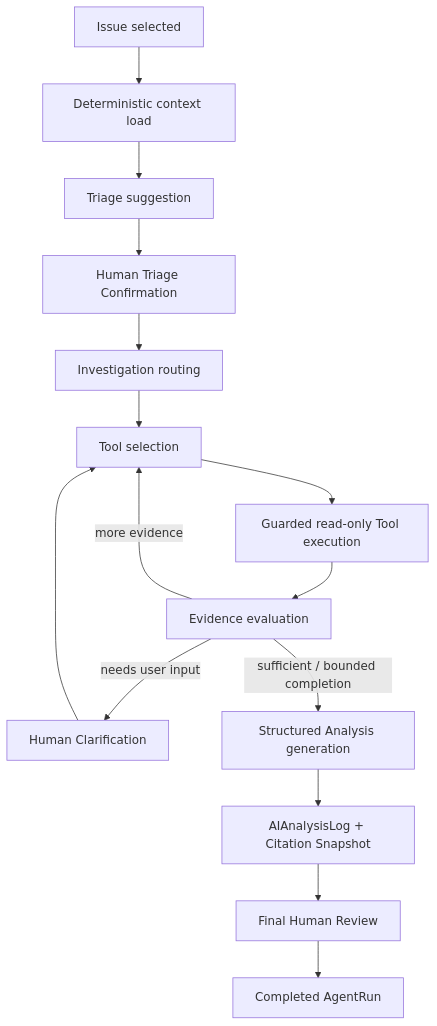
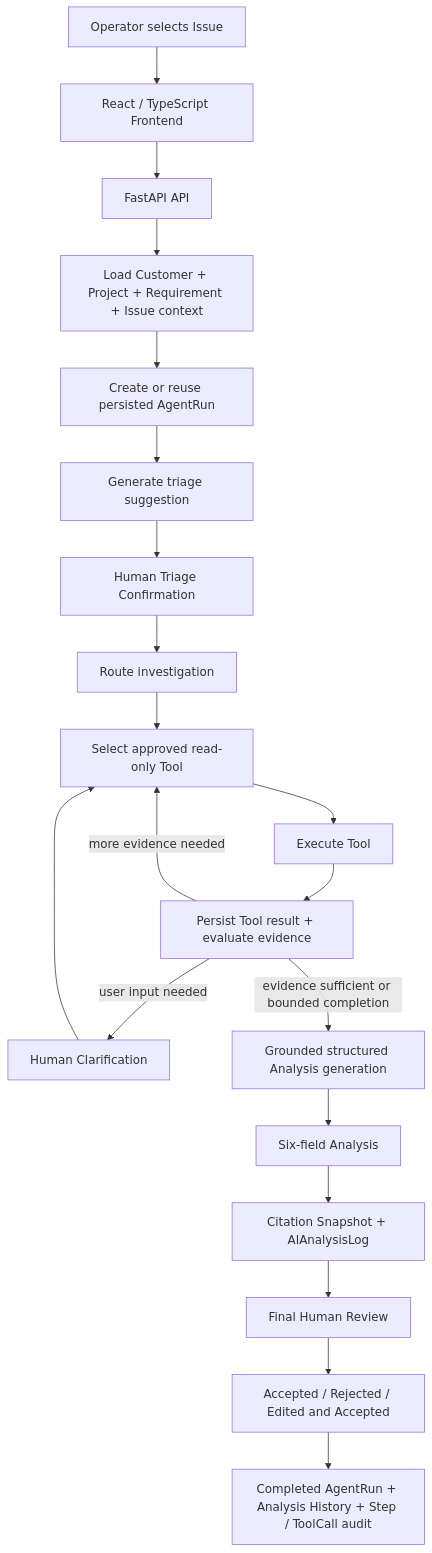
Before and after one commit to Dio23366/delivery-copilot: the first of 2 diagrams in README.md, drawn with Mermaid. The commit also changed other lines of this file, not shown here.

````diff
--- a/README.md
+++ b/README.md
@@ -70,23 +35,28 @@
 ```mermaid
 flowchart TB
-  A[Issue selected]
-  B[Deterministic context load]
-  C[Triage suggestion]
-  D[Human Triage Confirmation]
-  E[Investigation routing]
-  F[Tool selection]
-  G[Guarded read-only Tool execution]
-  H[Evidence evaluation]
-  I[Human Clarification]
-  J[Structured Analysis generation]
-  K[AIAnalysisLog + Citation Snapshot]
-  L[Final Human Review]
-  M[Completed AgentRun]
+  U[Operator selects Issue]
+  FE[React / TypeScript Frontend]
+  API[FastAPI API]
+  CTX[Load Customer + Project + Requirement + Issue context]
+  RUN[Create or reuse persisted AgentRun]
+  TRIAGE[Generate triage suggestion]
+  HT[Human Triage Confirmation]
+  ROUTE[Route investigation]
+  TOOL[Select approved read-only Tool]
+  EXEC[Execute Tool]
+  EVID[Persist Tool result + evaluate evidence]
+  CLARIFY[Human Clarification]
+  GEN[Grounded structured Analysis generation]
+  OUT[Six-field Analysis]
+  SNAP[Citation Snapshot + AIAnalysisLog]
+  REVIEW[Final Human Review]
+  DECISION[Accepted / Rejected / Edited and Accepted]
+  DONE[Completed AgentRun + Analysis History + Step / ToolCall audit]
 
-  A --> B --> C --> D --> E --> F --> G --> H
-  H -->|more evidence| F
-  H -->|needs user input| I
-  I --> F
-  H -->|sufficient / bounded completion| J
-  J --> K --> L --> M
+  U --> FE --> API --> CTX --> RUN --> TRIAGE --> HT --> ROUTE --> TOOL --> EXEC --> EVID
+  EVID -->|more evidence needed| TOOL
+  EVID -->|user input needed| CLARIFY
+  CLARIFY --> TOOL
+  EVID -->|evidence sufficient or bounded completion| GEN
+  GEN --> OUT --> SNAP --> REVIEW --> DECISION --> DONE
 ```
````
